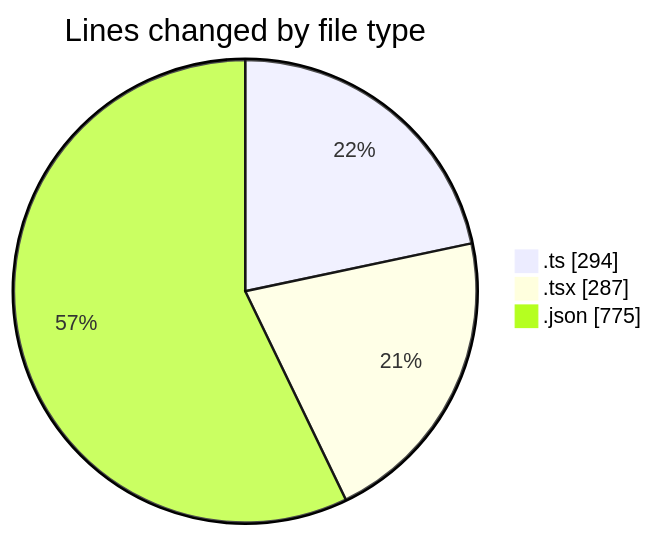
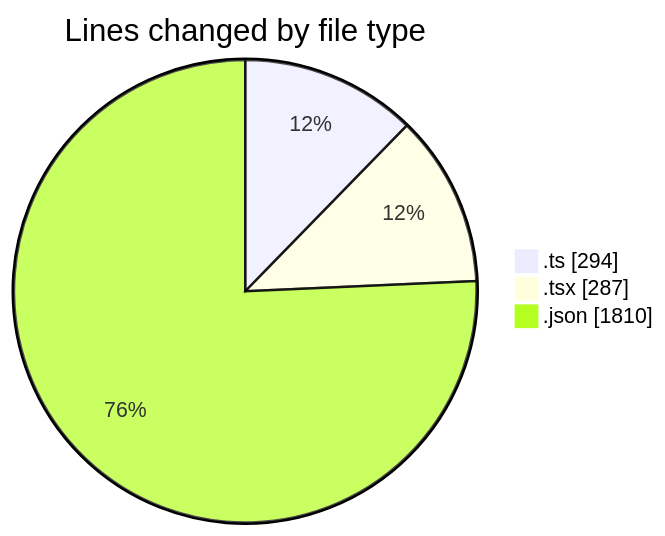
The first of 2 diagrams in 2025-11-13/eventscop-frontend-guide__workspace_/README.md (julien-gomy/code-tracking), drawn with Mermaid before and after one commit. The commit also changed other lines of this file and 1 other file, not shown here.

````diff
--- a/2025-11-13/eventscop-frontend-guide__workspace_/README.md
+++ b/2025-11-13/eventscop-frontend-guide__workspace_/README.md
@@ -25,7 +25,7 @@
 ```mermaid
 pie showData
 title Lines changed by file type
 ".ts" : 294
 ".tsx" : 287
-".json" : 775
+".json" : 1810
 ```
````
